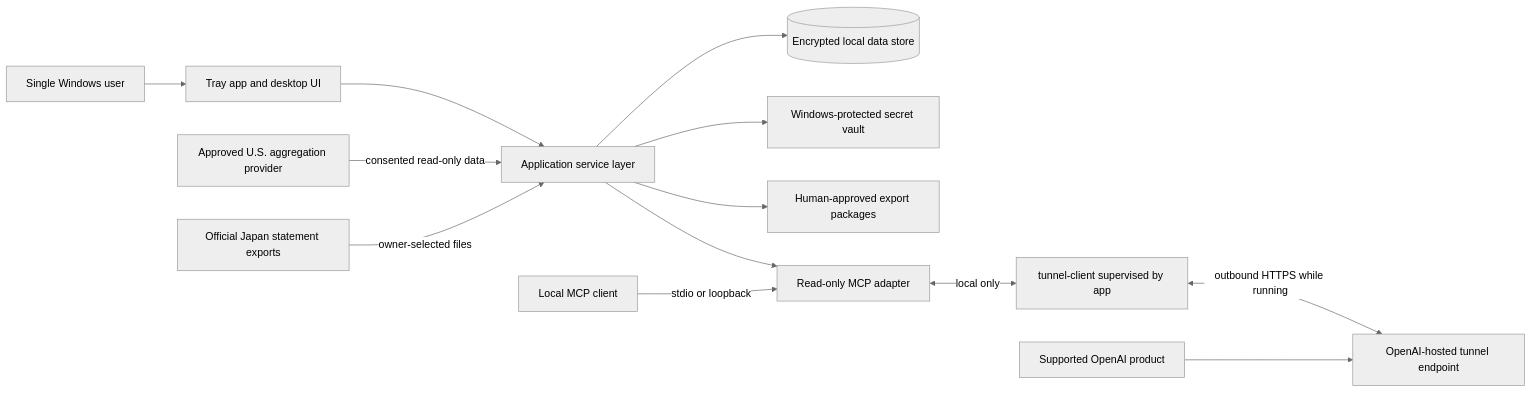
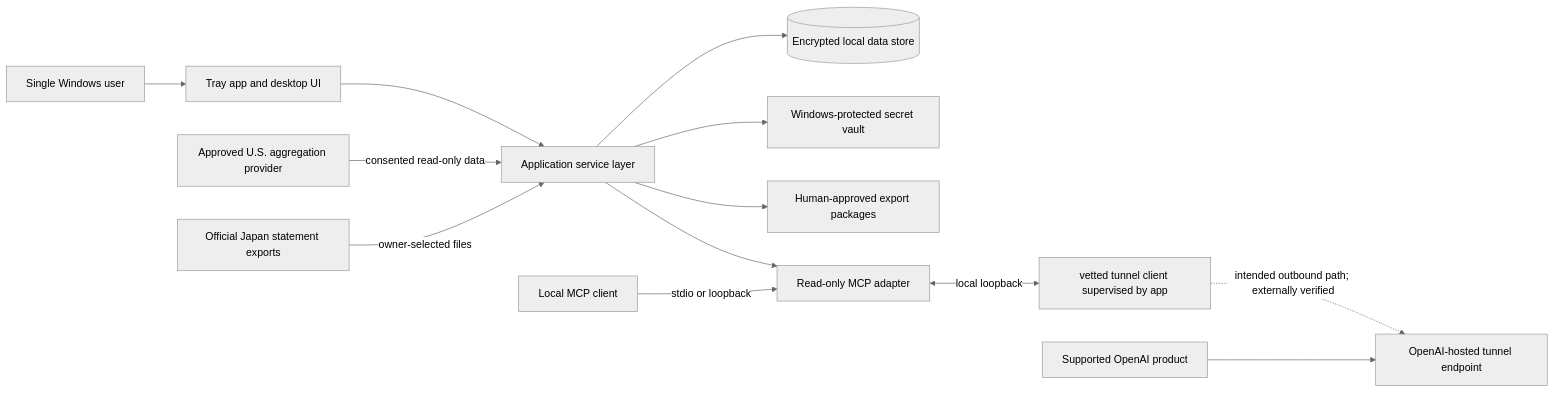
One commit to taipeiviking/AmExMCPconnector changed the diagram in docs/ARCHITECTURE.md. Above: the diagram before and after it, drawn with Mermaid (neutral theme). The commit also changed other lines of this file and 97 other files, not shown here.

````diff
--- a/docs/ARCHITECTURE.md
+++ b/docs/ARCHITECTURE.md
@@ -34,15 +34,15 @@
 ```mermaid
 flowchart LR
     Owner[Single Windows user] --> UI[Tray app and desktop UI]
     UI --> App[Application service layer]
     Provider[Approved U.S. aggregation provider] -->|consented read-only data| App
     Files[Official Japan statement exports] -->|owner-selected files| App
     App --> Store[(Encrypted local data store)]
     App --> Vault[Windows-protected secret vault]
     App --> Export[Human-approved export packages]
     App --> MCP[Read-only MCP adapter]
     LocalClient[Local MCP client] -->|stdio or loopback| MCP
-    MCP <-->|local only| Tunnel[tunnel-client supervised by app]
-    Tunnel <-->|outbound HTTPS while running| OpenAI[OpenAI-hosted tunnel endpoint]
+    MCP <-->|local loopback| Tunnel[vetted tunnel client supervised by app]
+    Tunnel -.->|intended outbound path; externally verified| OpenAI[OpenAI-hosted tunnel endpoint]
     ChatGPT[Supported OpenAI product] --> OpenAI
 ```
````
